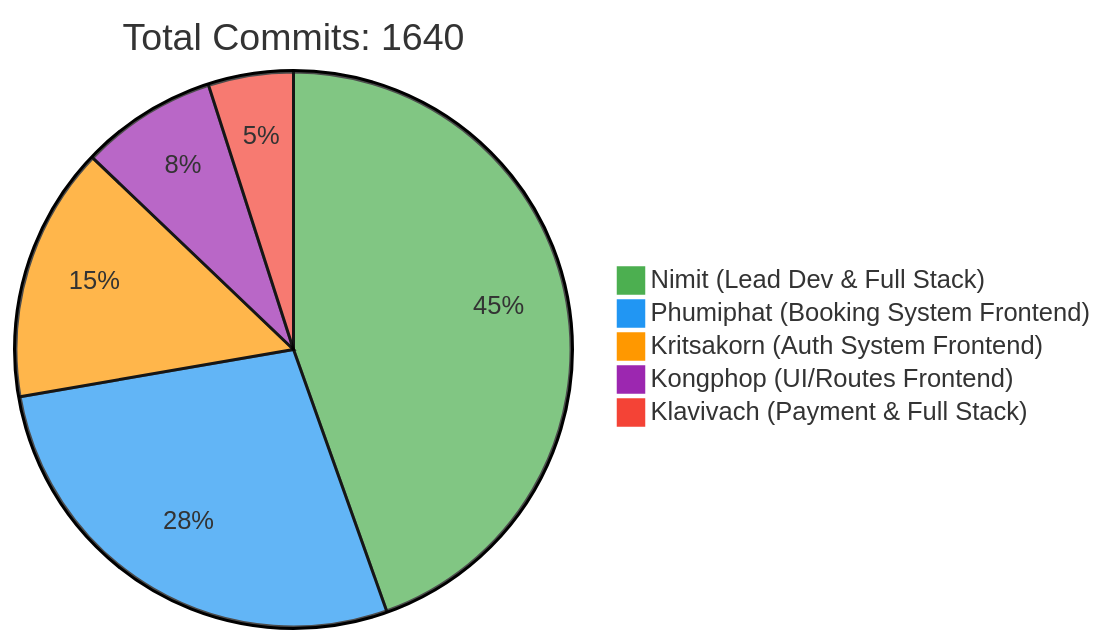
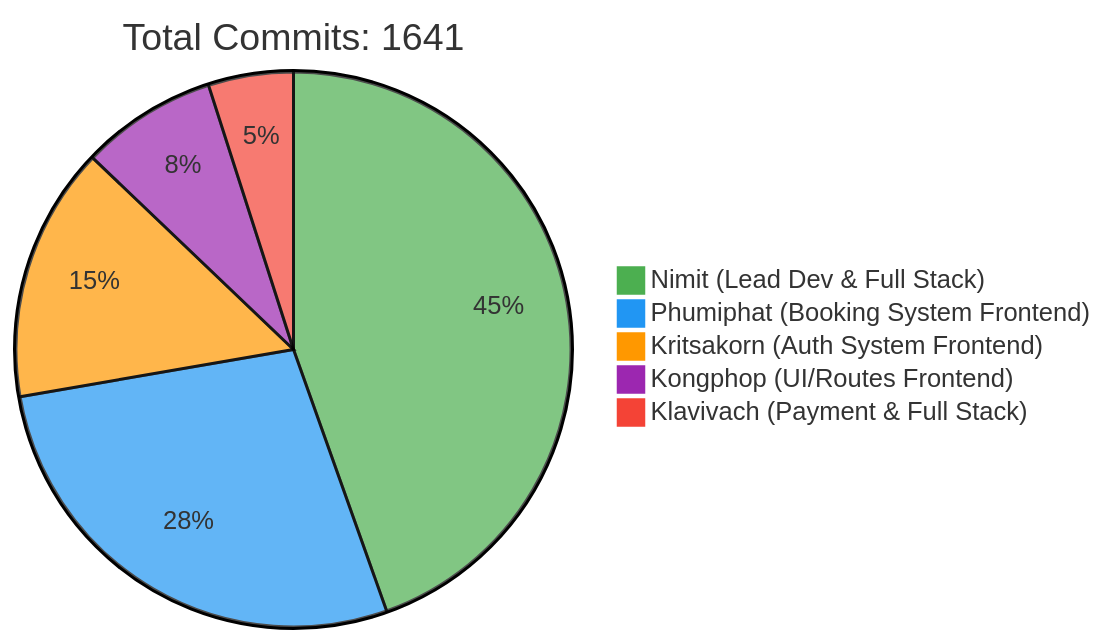
One commit to 6531503042/Sport-Complex changed the first of 2 diagrams in README.md. Above: the diagram before and after it, drawn with Mermaid. The commit also changed other lines of this file, not shown here.

Commit message:
docs: Update contributor statistics [skip ci]

````diff
--- a/README.md
+++ b/README.md
@@ -257,10 +257,10 @@
 ```mermaid
 %%{init: {'theme': 'base', 'themeVariables': { 'pie1': '#4CAF50', 'pie2': '#2196F3', 'pie3': '#FF9800', 'pie4': '#9C27B0', 'pie5': '#F44336'}}}%%
 pie
-    title Total Commits: 1640
+    title Total Commits: 1641
     "Nimit (Lead Dev & Full Stack)" : 450
     "Phumiphat (Booking System Frontend)" : 280
     "Kritsakorn (Auth System Frontend)" : 150
     "Kongphop (UI/Routes Frontend)" : 80
     "Klavivach (Payment & Full Stack)" : 50
 ```
````
